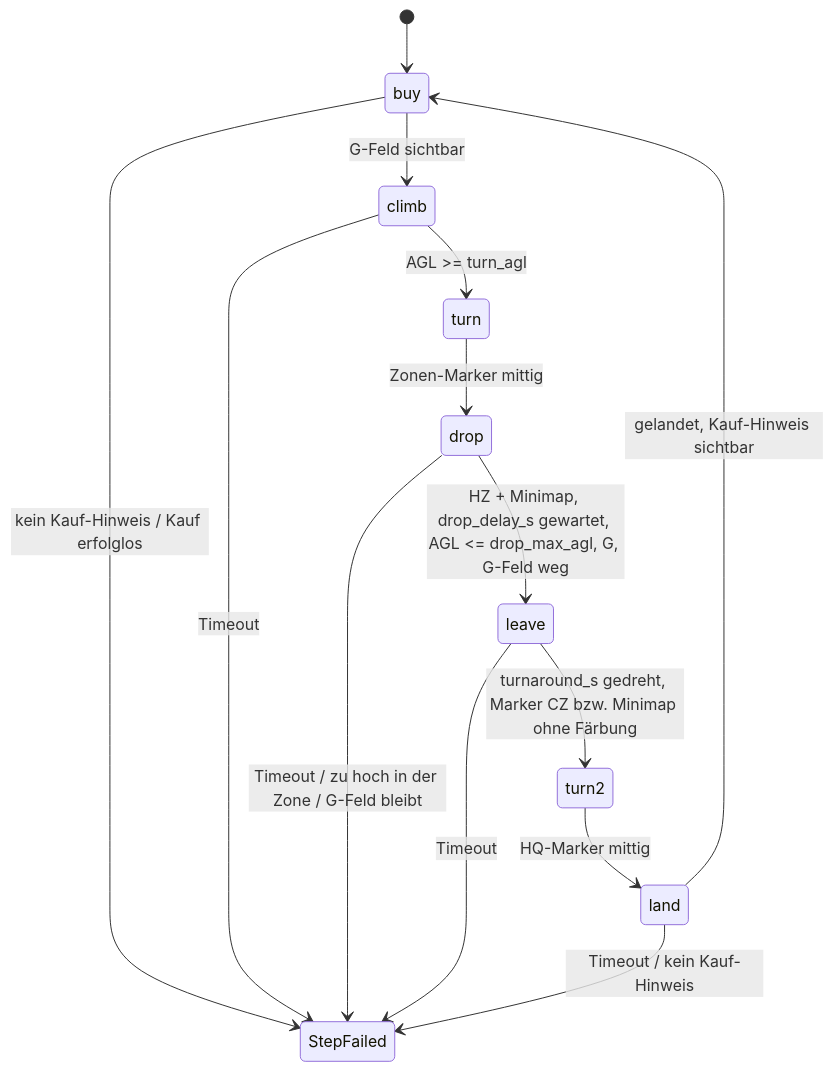
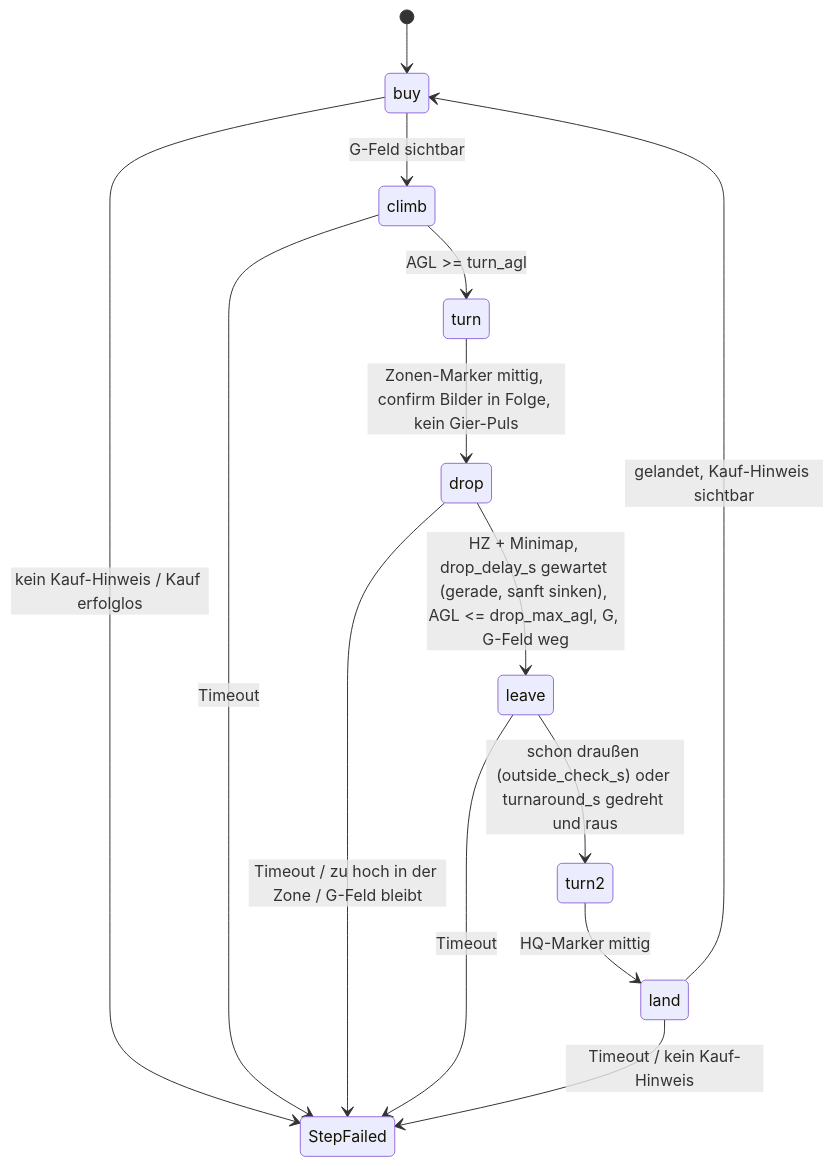
One commit to geilevideossos-gamedev/wardogs-xp-farmer changed the second of 3 diagrams in docs/ARCHITECTURE.md. Above: the diagram before and after it, drawn with Mermaid. The commit also changed other lines of this file and 8 other files, not shown here.

````diff
--- a/docs/ARCHITECTURE.md
+++ b/docs/ARCHITECTURE.md
@@ -82,16 +82,16 @@
 ```mermaid
 stateDiagram-v2
     [*] --> buy
     buy --> climb: G-Feld sichtbar
     climb --> turn: AGL >= turn_agl
-    turn --> drop: Zonen-Marker mittig
-    drop --> leave: HZ + Minimap, drop_delay_s gewartet, AGL <= drop_max_agl, G, G-Feld weg
-    leave --> turn2: turnaround_s gedreht, Marker CZ bzw. Minimap ohne Färbung
+    turn --> drop: Zonen-Marker mittig, confirm Bilder in Folge, kein Gier-Puls
+    drop --> leave: HZ + Minimap, drop_delay_s gewartet (gerade, sanft sinken), AGL <= drop_max_agl, G, G-Feld weg
+    leave --> turn2: schon draußen (outside_check_s) oder turnaround_s gedreht und raus
     turn2 --> land: HQ-Marker mittig
     land --> buy: gelandet, Kauf-Hinweis sichtbar
     buy --> StepFailed: kein Kauf-Hinweis / Kauf erfolglos
     climb --> StepFailed: Timeout
     drop --> StepFailed: Timeout / zu hoch in der Zone / G-Feld bleibt
     leave --> StepFailed: Timeout
     land --> StepFailed: Timeout / kein Kauf-Hinweis
 ```
````
